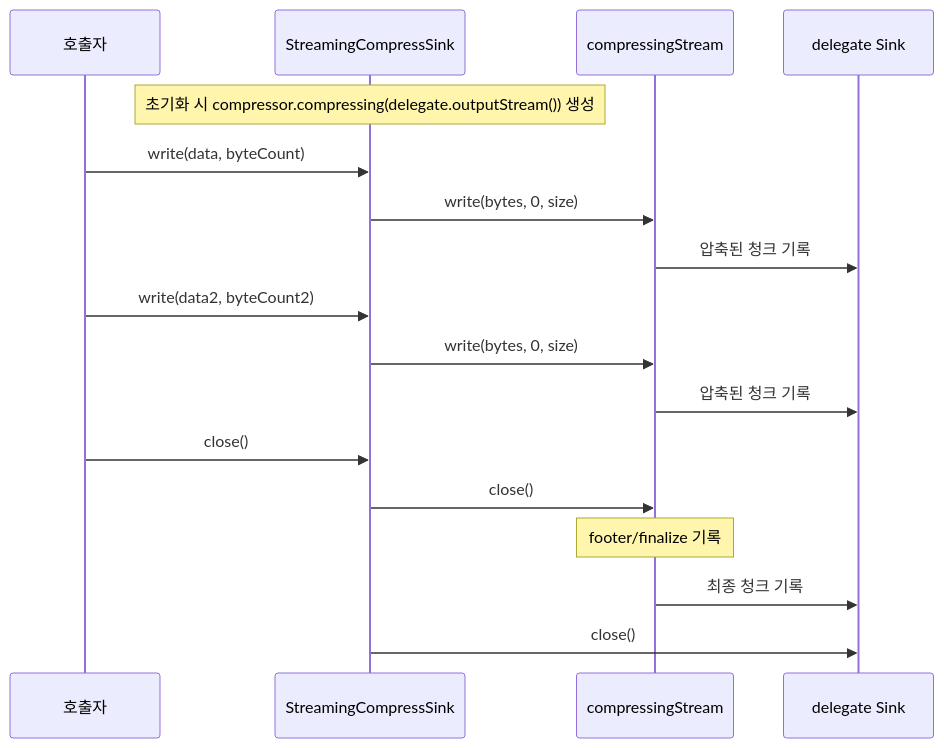
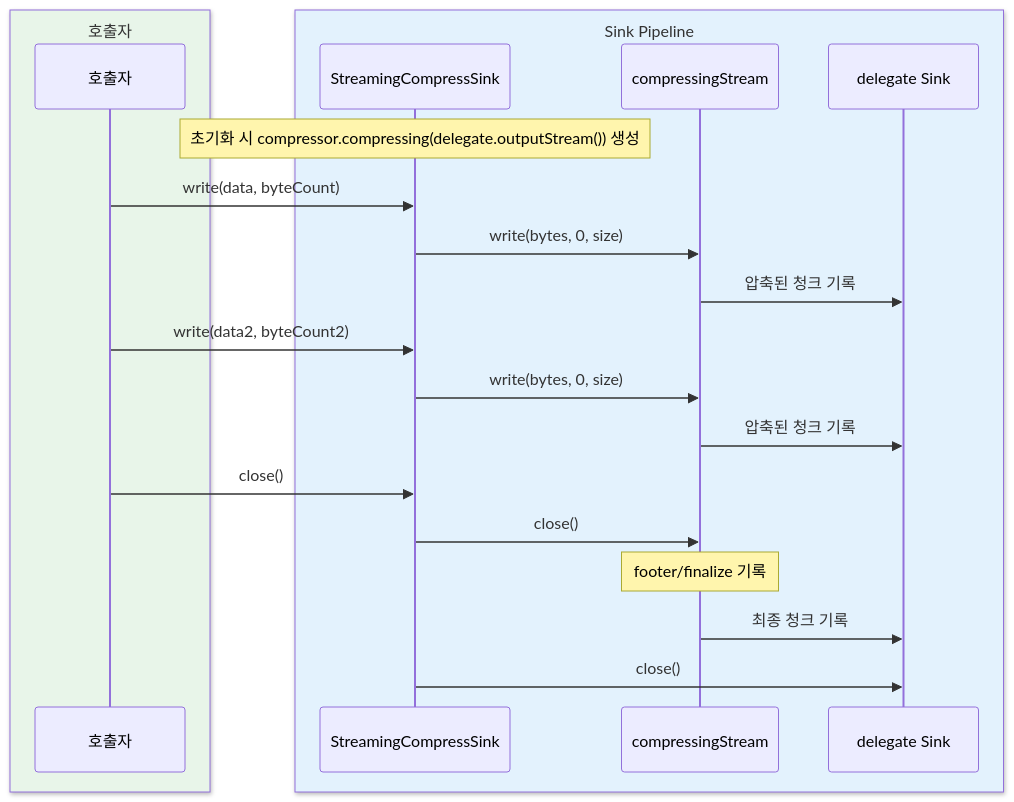
One commit to bluetape4k/bluetape4k-projects changed the sixth of 9 diagrams in io/okio/README.ko.md. Above: the diagram before and after it, drawn with Mermaid. The commit also changed other lines of this file and 221 other files, not shown here.

First line of the commit message:
docs: 전체 모듈 README UML 다이어그램 보강 및 색상 업그레이드

````diff
--- a/io/okio/README.ko.md
+++ b/io/okio/README.ko.md
@@ -569,23 +611,27 @@
 ```mermaid
 sequenceDiagram
-    participant C as 호출자
-    participant SS as StreamingCompressSink
-    participant CS as compressingStream
-    participant D as delegate Sink
+    box rgb(232, 245, 233) 호출자
+        participant C as 호출자
+    end
+    box rgb(227, 242, 253) Sink Pipeline
+        participant SS as StreamingCompressSink
+        participant CS as compressingStream
+        participant D as delegate Sink
+    end
 
     Note over SS: 초기화 시 compressor.compressing(delegate.outputStream()) 생성
 
     C->>SS: write(data, byteCount)
     SS->>CS: write(bytes, 0, size)
     CS->>D: 압축된 청크 기록
 
     C->>SS: write(data2, byteCount2)
     SS->>CS: write(bytes, 0, size)
     CS->>D: 압축된 청크 기록
 
     C->>SS: close()
     SS->>CS: close()
     Note over CS: footer/finalize 기록
     CS->>D: 최종 청크 기록
     SS->>D: close()
 ```
````
